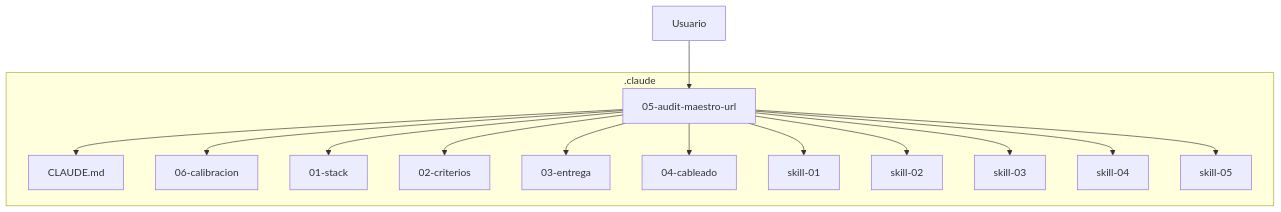
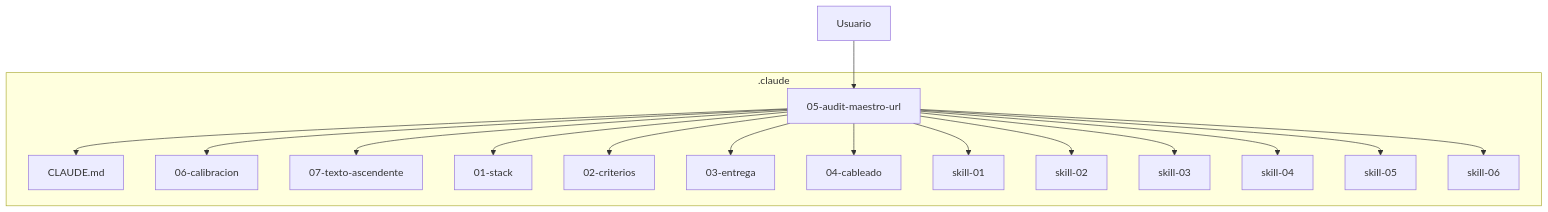
One commit to Fernandodesign96/lc-inapi.app changed the first of 2 diagrams in .claude/diagrams/workflow_diagram.md. Above: the diagram before and after it, drawn with Mermaid. The commit also changed other lines of this file and 24 other files, not shown here.

````diff
--- a/.claude/diagrams/workflow_diagram.md
+++ b/.claude/diagrams/workflow_diagram.md
@@ -18,29 +19,33 @@
 ```mermaid
 flowchart TB
   subgraph hub[".claude"]
     CM[CLAUDE.md]
     P5[05-audit-maestro-url]
     P6[06-calibracion]
+    P7[07-texto-ascendente]
     P1[01-stack]
     P2[02-criterios]
     P3[03-entrega]
     P4[04-cableado]
     S1[skill-01]
     S2[skill-02]
     S3[skill-03]
     S4[skill-04]
     S5[skill-05]
+    S6[skill-06]
   end
   U[Usuario] --> P5
   P5 --> CM
   P5 --> P6
+  P5 --> P7
   P5 --> P1
   P5 --> P2
   P5 --> P3
   P5 --> P4
   P5 --> S1
   P5 --> S2
   P5 --> S3
   P5 --> S4
   P5 --> S5
+  P5 --> S6
 ```
````
